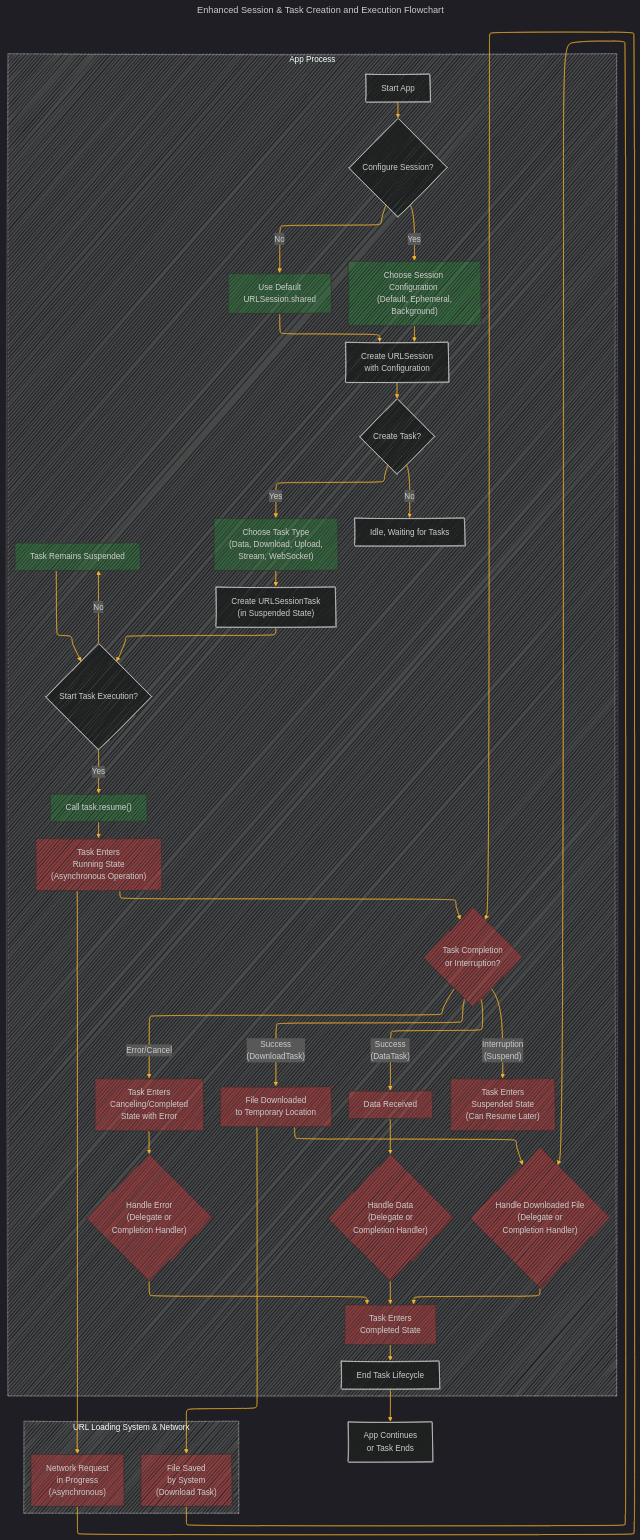
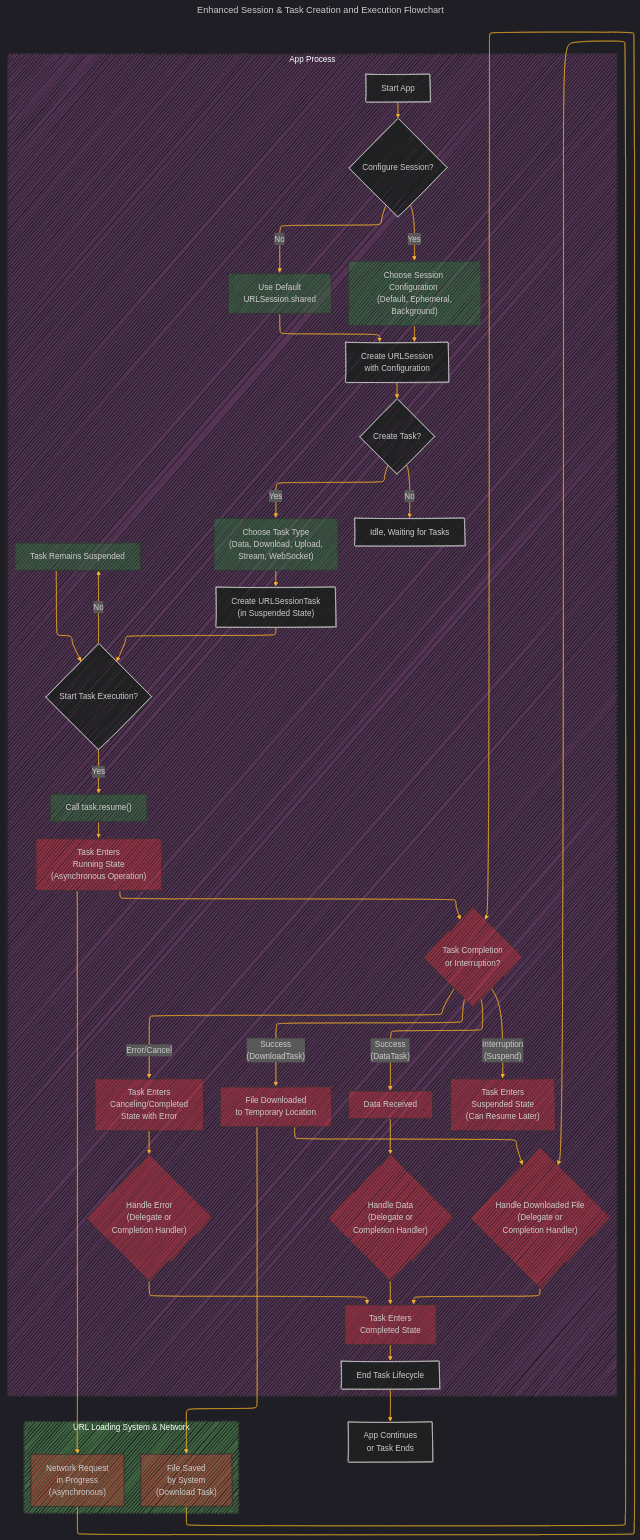
Before and after one commit to CongLeSolutionX/iOS-development-vault: the second of 4 diagrams in WEB_TECH/URL_Loading_System/URL_Loading_System_V2.md, drawn with Mermaid.

Commit message:
update note

````diff
--- a/WEB_TECH/URL_Loading_System/URL_Loading_System_V2.md
+++ b/WEB_TECH/URL_Loading_System/URL_Loading_System_V2.md
@@ -172,72 +172,74 @@
 ```mermaid
 ---
 title: Enhanced Session & Task Creation and Execution Flowchart
 config:
   layout: elk
   look: handDrawn
   theme: dark
 ---
 %%{
   init: {
     'fontFamily': 'verdana',
     'themeVariables': {
       'primaryColor': '#BB2528',
       'primaryTextColor': '#f529',
       'primaryBorderColor': '#7C0000',
       'lineColor': '#F8B229',
       'secondaryColor': '#006100',
       'tertiaryColor': '#fff'
     }
   }
 }%%
 flowchart TB
     subgraph App_Process["App Process"]
+    style App_Process fill:#535,stroke:#333,stroke-width:1px
         A[Start App] --> B{Configure Session?}
         B -- Yes --> BA["Choose Session Configuration <br>(Default, Ephemeral,<br>Background)"]
         BA --> C[Create URLSession <br>with Configuration]
         B -- No --> CA[Use Default <br>URLSession.shared]
         CA --> C
 
         C --> D{Create Task?}
         D -- Yes --> DA["Choose Task Type <br>(Data, Download, Upload,<br>Stream, WebSocket)"]
         DA --> E["Create URLSessionTask <br>(in Suspended State)"]
         D -- No --> Z[Idle, Waiting for Tasks]
 
         E --> F{Start Task Execution?}
         F -- Yes --> FA["Call task.resume()"]
         FA --> G["Task Enters <br>Running State<br>(Asynchronous Operation)"]
         F -- No --> EE[Task Remains Suspended]
         EE --> F
         G --> H{Task Completion <br>or Interruption?}
 
         H -- Success<br>(DataTask) --> HA[Data Received]
         H -- Success<br>(DownloadTask) --> HB[File Downloaded <br>to Temporary Location]
         H -- Error/Cancel --> HC["Task Enters <br>Canceling/Completed <br>State with Error"]
         H -- Interruption<br>(Suspend) --> HD["Task Enters <br>Suspended State<br>(Can Resume Later)"]
 
         HA --> I{"Handle Data <br> (Delegate or <br>Completion Handler)"}
         HB --> J{"Handle Downloaded File <br>(Delegate or <br>Completion Handler)"}
         HC --> K{"Handle Error <br> (Delegate or <br>Completion Handler)"}
         I --> L[Task Enters <br>Completed State]
         J --> L
         K --> L
         L --> M[End Task Lifecycle]
     end
 
     subgraph URL_Loading_System_and_Network["URL Loading System & Network"]
+    style URL_Loading_System_and_Network fill:#5959,stroke:#333,stroke-width:1px
         G --> N["Network Request <br>in Progress <br>(Asynchronous)"]
         N --> H
         HB --> O["File Saved <br>by System <br>(Download Task)"]
         O --> J
     end
 
     M --> P["App Continues <br>or Task Ends"]
 
     classDef Style_for_Elements_in_Process_2 fill:#2935,stroke:#333,stroke-width:1px
     class BA,CA,DA,EE,FA Style_for_Elements_in_Process_2
     
 
     classDef Style_for_Elements_in_Process_1 fill:#f335,stroke:#333,stroke-width:1px
     class G,H,HA,HB,HC,HD,I,J,K,L,N,O Style_for_Elements_in_Process_1
 
 ```
````
